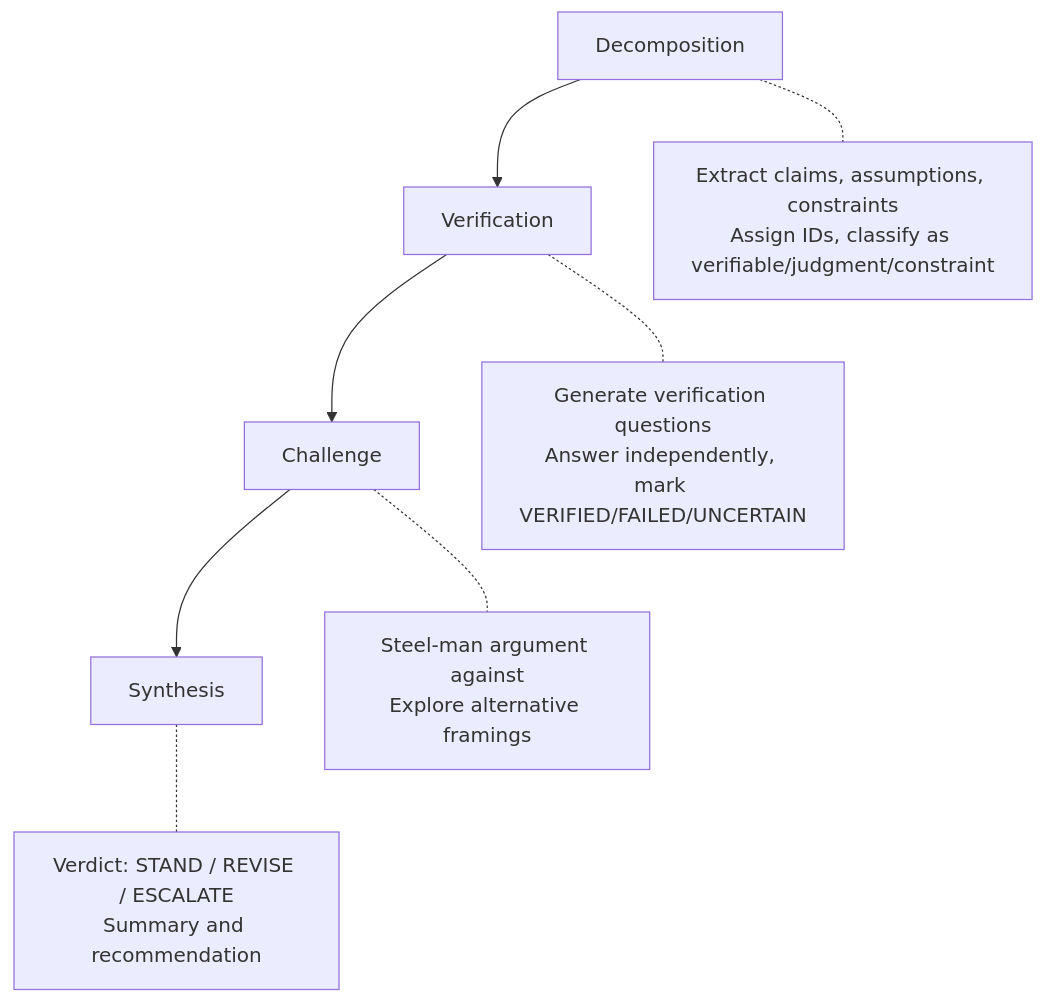
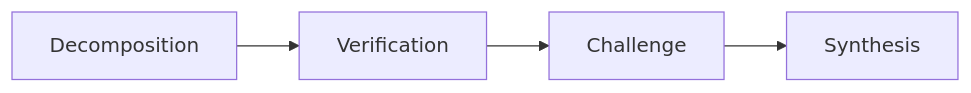
The fourth of 4 diagrams in README.md (gcharang/claude-config), drawn with Mermaid before and after one commit. The commit also changed other lines of this file, not shown here.

````diff
--- a/README.md
+++ b/README.md
@@ -312,11 +312,4 @@
 ```mermaid
-flowchart TB
-    D[Decomposition] --> V[Verification]
-    V --> Ch[Challenge]
-    Ch --> S[Synthesis]
-
-    D -.- D1[Extract claims, assumptions, constraints<br>Assign IDs, classify as verifiable/judgment/constraint]
-    V -.- V1[Generate verification questions<br>Answer independently, mark VERIFIED/FAILED/UNCERTAIN]
-    Ch -.- Ch1[Steel-man argument against<br>Explore alternative framings]
-    S -.- S1[Verdict: STAND / REVISE / ESCALATE<br>Summary and recommendation]
+flowchart LR
+    D[Decomposition] --> V[Verification] --> Ch[Challenge] --> S[Synthesis]
 ```
````
